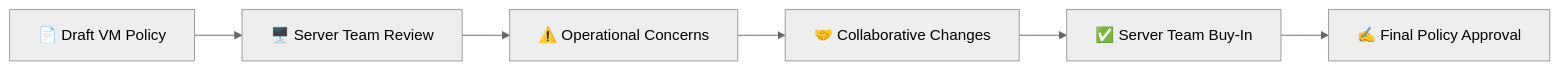
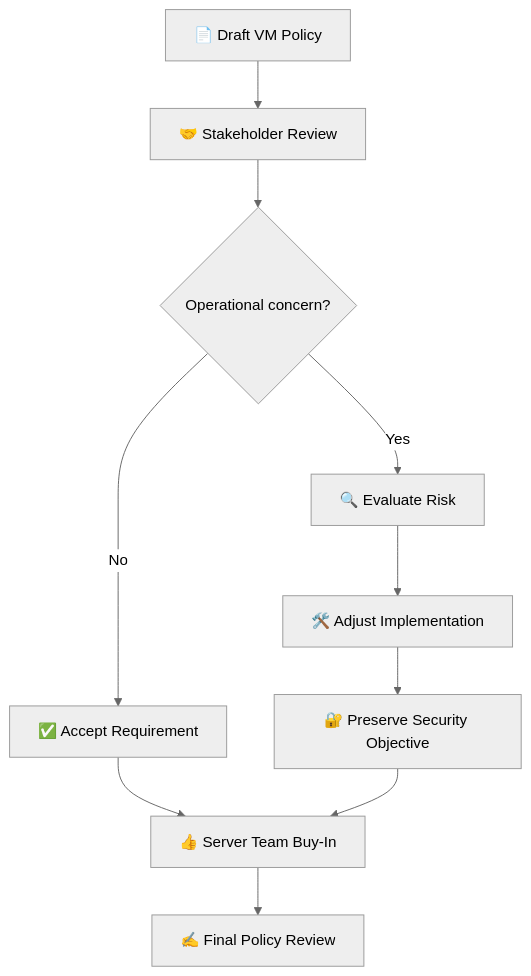
One commit to katydevelops/cyberRangePortfolio changed the diagram in vulnerabilityManagement/01-policy-stakeholder-buy-in.md. Above: the diagram before and after it, drawn with Mermaid (neutral theme). The commit also changed other lines of this file, not shown here.

Commit message:
small formatting updates

````diff
--- a/vulnerabilityManagement/01-policy-stakeholder-buy-in.md
+++ b/vulnerabilityManagement/01-policy-stakeholder-buy-in.md
@@ -114,8 +114,17 @@
 ```mermaid
-flowchart LR
-    A["📄 Draft VM Policy"] --> B["🖥️ Server Team Review"]
-    B --> C["⚠️ Operational Concerns"]
-    C --> D["🤝 Collaborative Changes"]
-    D --> E["✅ Server Team Buy-In"]
-    E --> F["✍️ Final Policy Approval"]
+flowchart TD
+    A["📄 Draft VM Policy"] --> B["🤝 Stakeholder Review"]
+
+    B --> C{"Operational concern?"}
+
+    C -->|"No"| D["✅ Accept Requirement"]
+    C -->|"Yes"| E["🔍 Evaluate Risk"]
+
+    E --> F["🛠️ Adjust Implementation"]
+    F --> G["🔐 Preserve Security Objective"]
+
+    D --> H["👍 Server Team Buy-In"]
+    G --> H
+
+    H --> I["✍️ Final Policy Review"]
 ```
````
